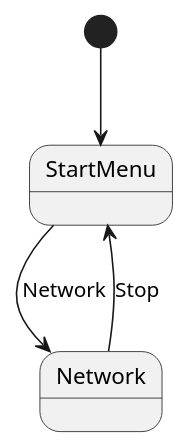
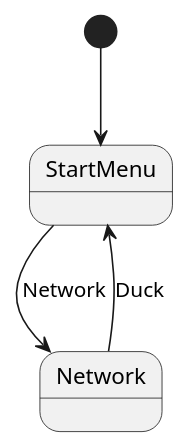
Before and after one commit to aortez/dirtsim: the second of 2 diagrams in apps/src/ui/docs/src/screens/network.md, drawn with PlantUML. The commit also changed other lines of this file and 38 other files, not shown here.

````diff
--- a/apps/src/ui/docs/src/screens/network.md
+++ b/apps/src/ui/docs/src/screens/network.md
@@ -48,8 +44,8 @@
 ```plantuml
 @startuml
 [*] --> StartMenu
 
 StartMenu --> Network : Network
-Network --> StartMenu : Stop
+Network --> StartMenu : Duck
 @enduml
 ```
````
